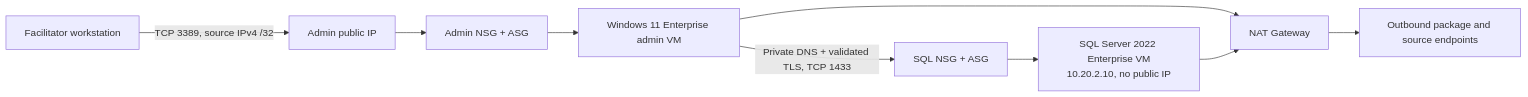
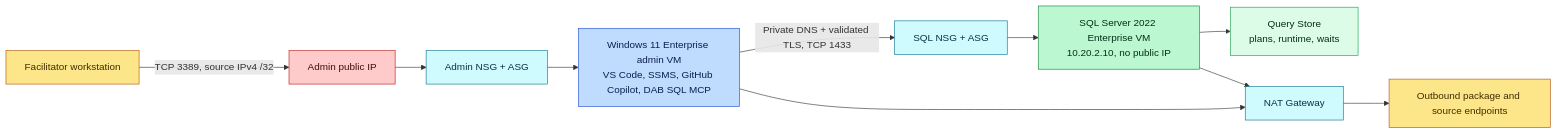
Before and after one commit to ibranibeny/mcp-sql-query-store-workshop: the first of 2 diagrams in workshop/02-scenario-and-architecture.md, drawn with Mermaid. The commit also changed 7 other files, not shown here.

First line of the commit message:
Enrich workshop pages: Copilot-in-SSMS features, background story, non-optimized SQL, colored architecture (#1)

````diff
--- a/workshop/02-scenario-and-architecture.md
+++ b/workshop/02-scenario-and-architecture.md
@@ -9,8 +9,19 @@
 ```mermaid
 flowchart LR
-  U["Facilitator workstation"] -->|"TCP 3389, source IPv4 /32"| P["Admin public IP"]
-  P --> AN["Admin NSG + ASG"] --> A["Windows 11 Enterprise admin VM"]
-  A -->|"Private DNS + validated TLS, TCP 1433"| SN["SQL NSG + ASG"] --> S["SQL Server 2022 Enterprise VM<br/>10.20.2.10, no public IP"]
-  A --> NAT["NAT Gateway"] --> I["Outbound package and source endpoints"]
+  U["Facilitator workstation"]:::ext -->|"TCP 3389, source IPv4 /32"| P["Admin public IP"]:::pub
+  P --> AN["Admin NSG + ASG"]:::net
+  AN --> A["Windows 11 Enterprise admin VM<br/>VS Code, SSMS, GitHub Copilot, DAB SQL MCP"]:::admin
+  A -->|"Private DNS + validated TLS, TCP 1433"| SN["SQL NSG + ASG"]:::net
+  SN --> S["SQL Server 2022 Enterprise VM<br/>10.20.2.10, no public IP"]:::sql
+  S --> QS["Query Store<br/>plans, runtime, waits"]:::data
+  A --> NAT["NAT Gateway"]:::net
   S --> NAT
+  NAT --> I["Outbound package and source endpoints"]:::ext
+  classDef ext fill:#fde68a,stroke:#b45309,color:#3f2d00
+  classDef pub fill:#fecaca,stroke:#b91c1c,color:#450a0a
+  classDef admin fill:#bfdbfe,stroke:#1d4ed8,color:#0b1f4d
+  classDef mcp fill:#ddd6fe,stroke:#6d28d9,color:#2e1065
+  classDef sql fill:#bbf7d0,stroke:#15803d,color:#052e16
+  classDef data fill:#dcfce7,stroke:#16a34a,color:#052e16
+  classDef net fill:#cffafe,stroke:#0e7490,color:#083344
 ```
````
